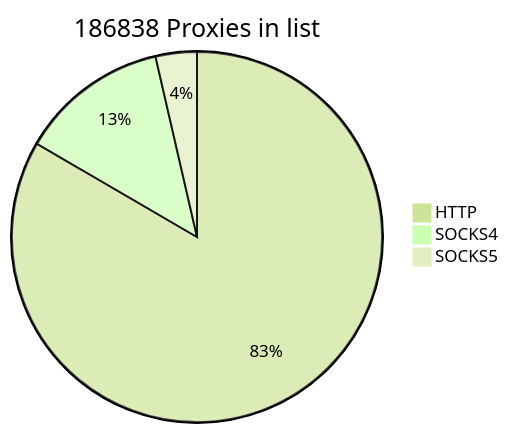
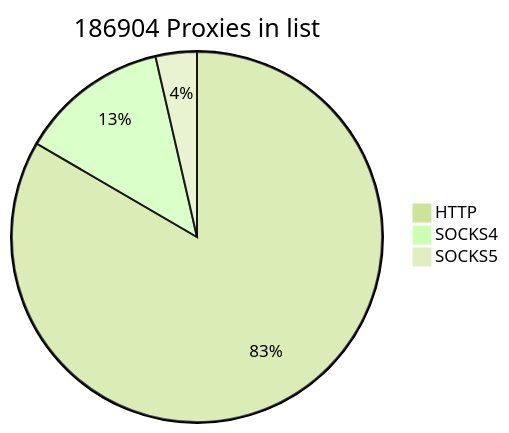
Before and after one commit to cutipu/proxylist: the first of 2 diagrams in README.md, drawn with Mermaid (forest theme). The commit also changed other lines of this file, not shown here.

````diff
--- a/README.md
+++ b/README.md
@@ -2,7 +2,7 @@
 ```mermaid
-pie title 186838 Proxies in list
-    "HTTP" : 155797
-    "SOCKS4" : 24311
+pie title 186904 Proxies in list
+    "HTTP" : 155871
+    "SOCKS4" : 24303
     "SOCKS5" : 6730
             
 ```
````
